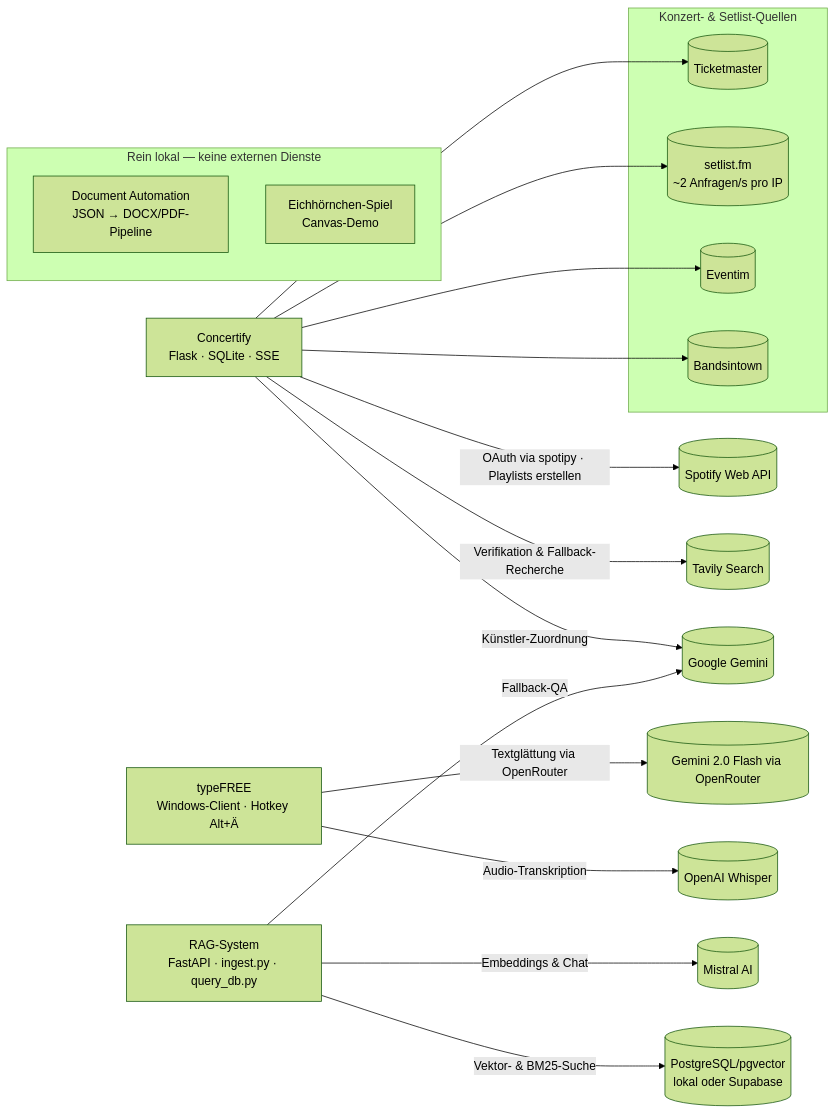
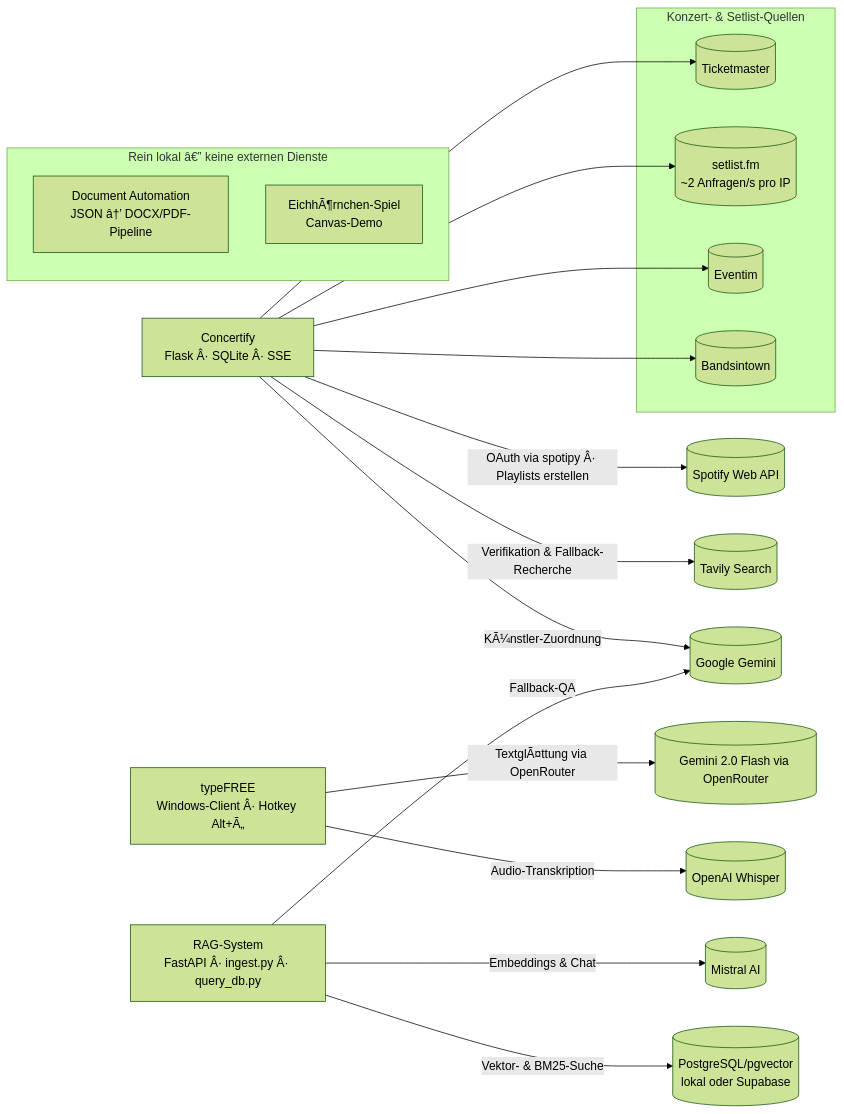
Before and after one commit to HeartledAgentEngineer/it-ot-agentic-engineering: the diagram in 02_Softwareentwicklung_IT/README.md, drawn with Mermaid (forest theme). The commit also changed other lines of this file and 2 other files, not shown here.

````diff
--- a/02_Softwareentwicklung_IT/README.md
+++ b/02_Softwareentwicklung_IT/README.md
@@ -25,41 +25,41 @@
 ```mermaid
 flowchart LR
-    subgraph Lokal [Rein lokal — keine externen Dienste]
-        DocAuto[Document Automation<br/>JSON → DOCX/PDF-Pipeline]
-        Spiel[Eichhörnchen-Spiel<br/>Canvas-Demo]
+    subgraph Lokal [Rein lokal â€” keine externen Dienste]
+        DocAuto[Document Automation<br/>JSON â†’ DOCX/PDF-Pipeline]
+        Spiel[EichhÃ¶rnchen-Spiel<br/>Canvas-Demo]
     end
 
-    Concertify[Concertify<br/>Flask · SQLite · SSE]
-    TypeFree[typeFREE<br/>Windows-Client · Hotkey Alt+Ä]
-    RAG[RAG-System<br/>FastAPI · ingest.py · query_db.py]
+    Concertify[Concertify<br/>Flask Â· SQLite Â· SSE]
+    TypeFree[typeFREE<br/>Windows-Client Â· Hotkey Alt+Ã„]
+    RAG[RAG-System<br/>FastAPI Â· ingest.py Â· query_db.py]
 
     subgraph Konzertdaten [Konzert- & Setlist-Quellen]
         TM[(Ticketmaster)]
         SFM[(setlist.fm<br/>~2 Anfragen/s pro IP)]
         Eventim[(Eventim)]
         BIT[(Bandsintown)]
     end
 
     Spotify[(Spotify Web API)]
     Tavily[(Tavily Search)]
     Gemini[(Google Gemini)]
     G2F[(Gemini 2.0 Flash via OpenRouter)]
     Whisper[(OpenAI Whisper)]
     Mistral[(Mistral AI)]
     PG[(PostgreSQL/pgvector<br/>lokal oder Supabase)]
 
-    Concertify -->|OAuth via spotipy · Playlists erstellen| Spotify
+    Concertify -->|OAuth via spotipy Â· Playlists erstellen| Spotify
     Concertify --> TM
     Concertify --> SFM
     Concertify --> Eventim
     Concertify --> BIT
     Concertify -->|Verifikation & Fallback-Recherche| Tavily
-    Concertify -->|Künstler-Zuordnung| Gemini
+    Concertify -->|KÃ¼nstler-Zuordnung| Gemini
 
     TypeFree -->|Audio-Transkription| Whisper
-    TypeFree -->|Textglättung via OpenRouter| G2F
+    TypeFree -->|TextglÃ¤ttung via OpenRouter| G2F
 
     RAG -->|Embeddings & Chat| Mistral
     RAG -->|Fallback-QA| Gemini
     RAG -->|Vektor- & BM25-Suche| PG
 ```
````
